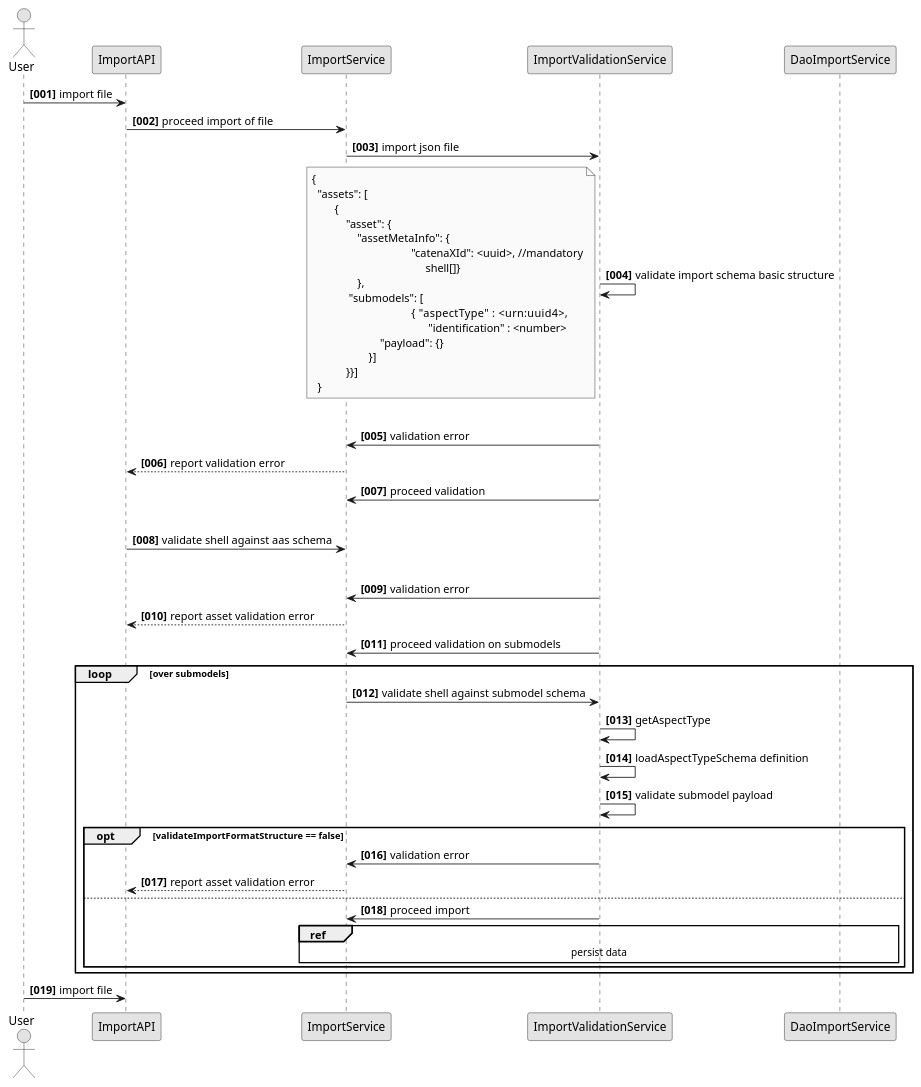
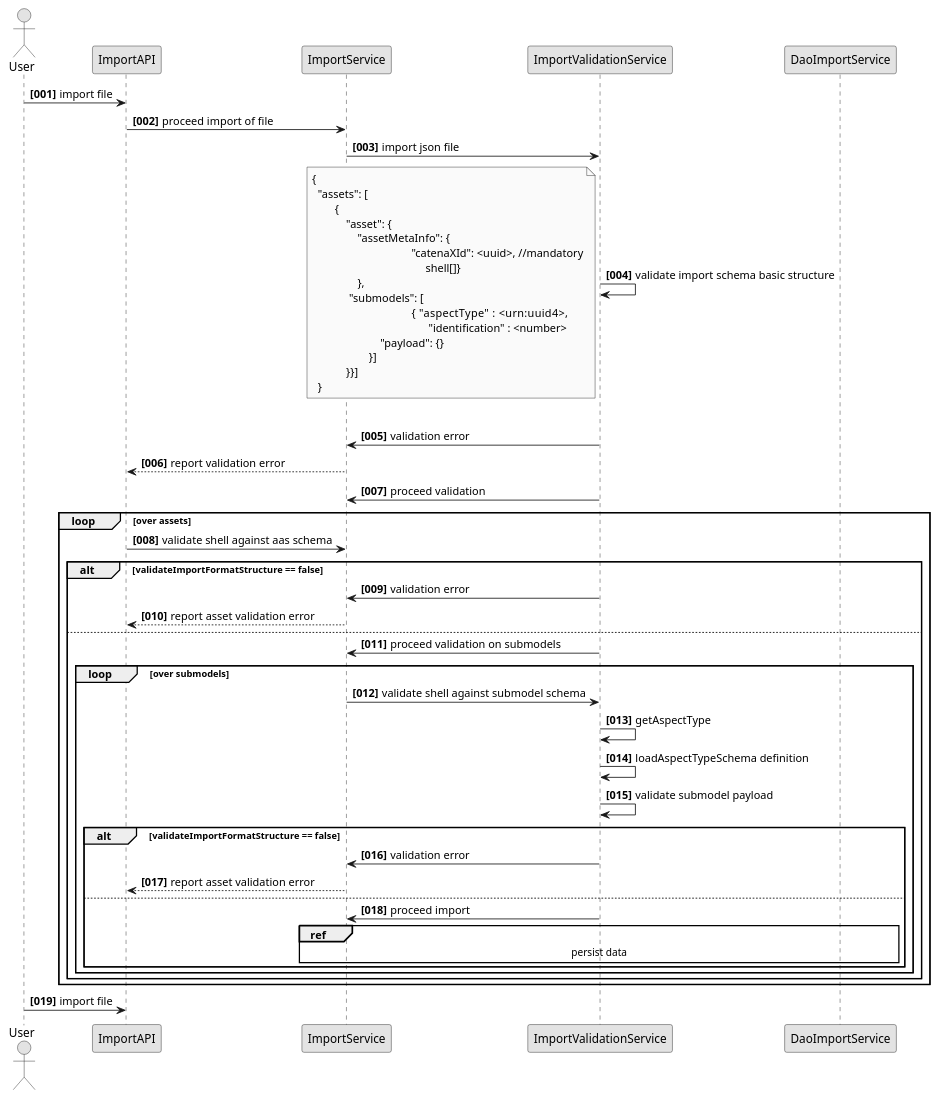
Before and after one commit to eclipse-tractusx/traceability-foss: the diagram in docs/src/docs/concepts/[TRACEFOSS-1019]-data-import-interface/import-format-input-validation.puml, drawn with PlantUML.

Commit message:
fix(diagram):[TRACEFOSS-1019] fix alt options

```diff
--- a/docs/src/docs/concepts/[TRACEFOSS-1019]-data-import-interface/import-format-input-validation.puml
+++ b/docs/src/docs/concepts/[TRACEFOSS-1019]-data-import-interface/import-format-input-validation.puml
@@ -1,66 +1,68 @@
 @startuml
 skinparam monochrome true
 skinparam shadowing false
 skinparam defaultFontName "Architects daughter"
 
 autonumber "<b>[000]"
 
 actor User
 participant ImportAPI
 participant ImportService
 participant ImportValidationService
 
 User -> ImportAPI : import file
 ImportAPI -> ImportService: proceed import of file
 ImportService -> ImportValidationService: import json file
 ImportValidationService -> ImportValidationService: validate import schema basic structure
 note left
     {
       "assets": [
             {
                 "asset": {
                     "assetMetaInfo": {
     				   "catenaXId": <uuid>, //mandatory
     					shell[]}
                     },
                  "submodels": [
     				   {    "aspectType" : <urn:uuid4>,
     				         "identification" : <number>
                             "payload": {}
                         }]
                 }}]
       }
 end note
 
-opt validateImportFormatStructure == false
+alt  not validateImportFormatStructure
    ImportService <- ImportValidationService :  validation error
    ImportAPI <-- ImportService :  report validation error
 else
   ImportService <- ImportValidationService : proceed validation
 
   loop over assets
         ImportAPI -> ImportService: validate shell against aas schema
-        opt validateImportFormatStructure == false
+        alt validateImportFormatStructure == false
         ImportService <- ImportValidationService :  validation error
         ImportAPI <-- ImportService :  report asset validation error
         else
           ImportService <- ImportValidationService : proceed validation on submodels
 
           loop over submodels
            ImportService -> ImportValidationService: validate shell against submodel schema
            ImportValidationService -> ImportValidationService : getAspectType
            ImportValidationService -> ImportValidationService : loadAspectTypeSchema definition
            ImportValidationService -> ImportValidationService : validate submodel payload
-           opt validateImportFormatStructure == false
+           alt validateImportFormatStructure == false
                    ImportService <- ImportValidationService :  validation error
                    ImportAPI <-- ImportService :  report asset validation error
            else
                ImportService <- ImportValidationService : proceed import
                ref over  ImportService, DaoImportService
                    persist data
                 end ref
 
   end loop
-end opt
+end alt
+end alt
+end alt
 User -> ImportAPI : import file
 @enduml
```
